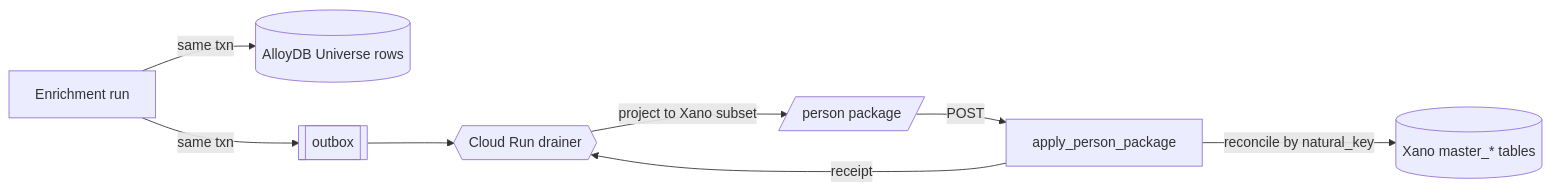
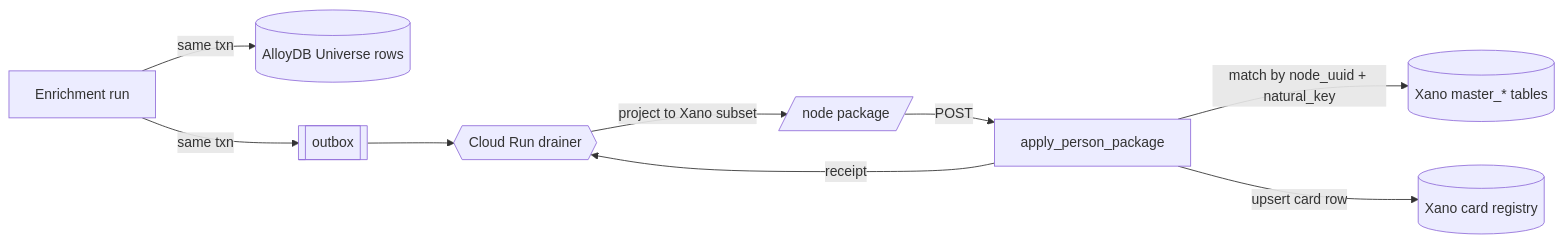
Before and after one commit to M-Pederson/docs: the diagram in guides/open-work/backend-refactor-tables.mdx, drawn with Mermaid. The commit also changed other lines of this file, not shown here.

First line of the commit message:
Backend Refactor Tables: add film_tv/film_tv_award entities + node_uuid identity model (#89)

````diff
--- a/guides/open-work/backend-refactor-tables.mdx
+++ b/guides/open-work/backend-refactor-tables.mdx
@@ -106,10 +199,11 @@
 ```mermaid
 flowchart LR
   A[Enrichment run] -->|same txn| B[(AlloyDB Universe rows)]
   A -->|same txn| O[[outbox]]
   O --> D{{Cloud Run drainer}}
-  D -->|project to Xano subset| P[/person package/]
+  D -->|project to Xano subset| P[/node package/]
   P -->|POST| E[apply_person_package]
-  E -->|reconcile by natural_key| X[(Xano master_* tables)]
+  E -->|match by node_uuid + natural_key| X[(Xano master_* tables)]
+  E -->|upsert card row| R[(Xano card registry)]
   E -->|receipt| D
 ```
````
